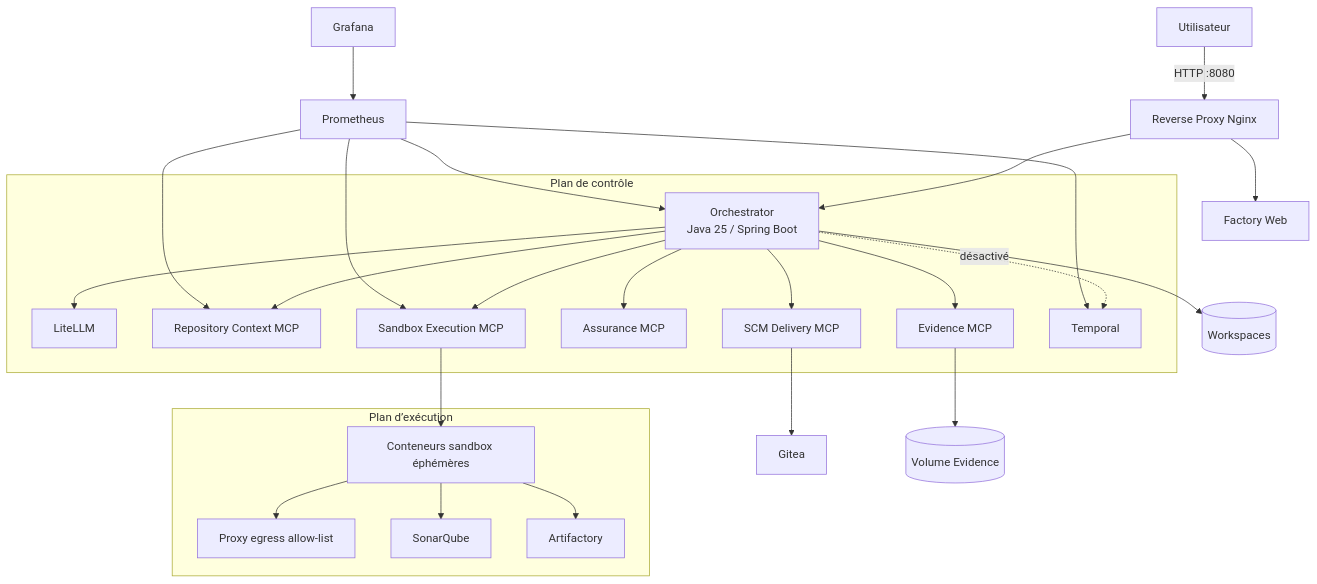
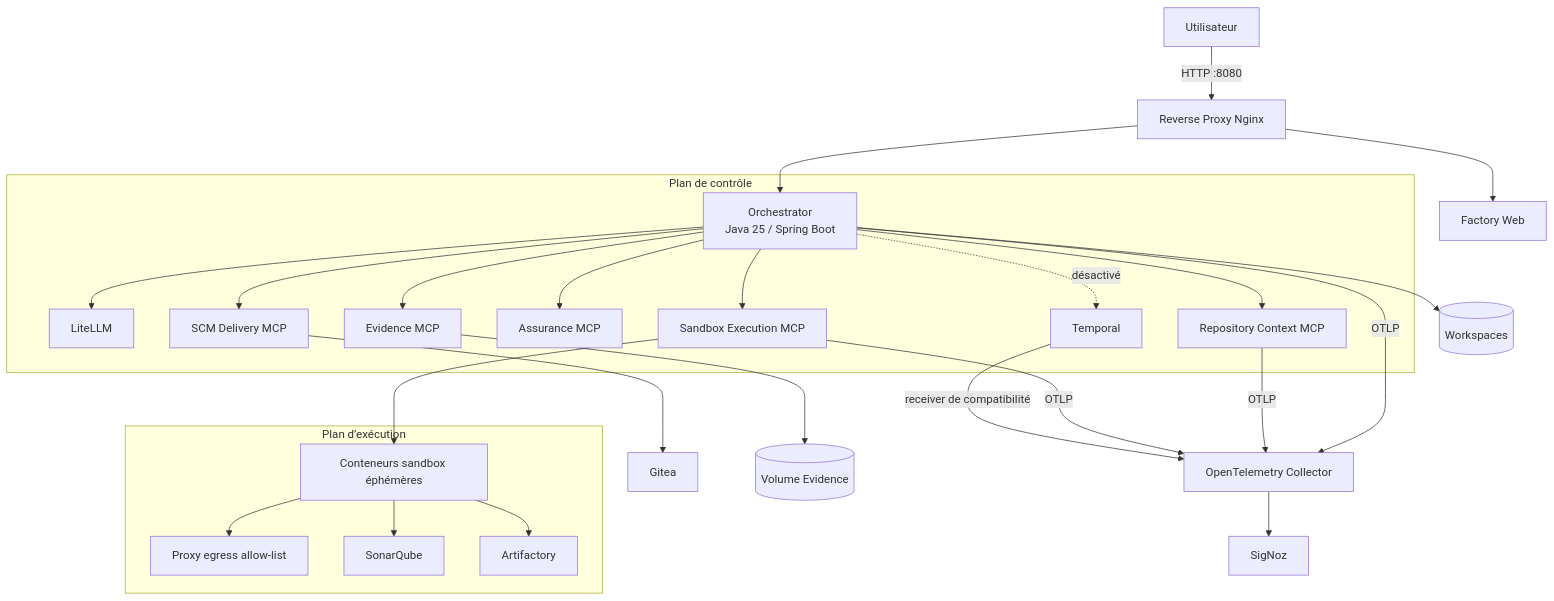
Before and after one commit to dbeaumont/ai-software-factory-local: the fifth of 20 diagrams in docs/overview/architecture-overview.md, drawn with Mermaid. The commit also changed other lines of this file and 19 other files, not shown here.

````diff
--- a/docs/overview/architecture-overview.md
+++ b/docs/overview/architecture-overview.md
@@ -181,32 +181,32 @@
 ```mermaid
 flowchart TB
   U[Utilisateur] -->|HTTP :8080| RP[Reverse Proxy Nginx]
   RP --> WEB[Factory Web]
   RP --> ORCH[Orchestrator<br/>Java 25 / Spring Boot]
 
   subgraph CONTROL[Plan de contrôle]
     ORCH --> LLM[LiteLLM]
     ORCH --> CTX[Repository Context MCP]
     ORCH --> SBX[Sandbox Execution MCP]
     ORCH --> ASS[Assurance MCP]
     ORCH --> EVD[Evidence MCP]
     ORCH --> SCM[SCM Delivery MCP]
     ORCH -. désactivé .-> TEMP[Temporal]
   end
 
   subgraph EXEC[Plan d’exécution]
     SBX --> JOB[Conteneurs sandbox éphémères]
     JOB --> EGRESS[Proxy egress allow-list]
     JOB --> SONAR[SonarQube]
     JOB --> ARTI[Artifactory]
   end
 
   SCM --> GITEA[Gitea]
   EVD --> EVOL[(Volume Evidence)]
   ORCH --> WS[(Workspaces)]
-  PROM[Prometheus] --> ORCH
-  PROM --> CTX
-  PROM --> SBX
-  PROM --> TEMP
-  GRAF[Grafana] --> PROM
+  ORCH -->|OTLP| OTEL[OpenTelemetry Collector]
+  CTX -->|OTLP| OTEL
+  SBX -->|OTLP| OTEL
+  TEMP -->|receiver de compatibilité| OTEL
+  OTEL --> SIGNOZ[SigNoz]
 ```
````
